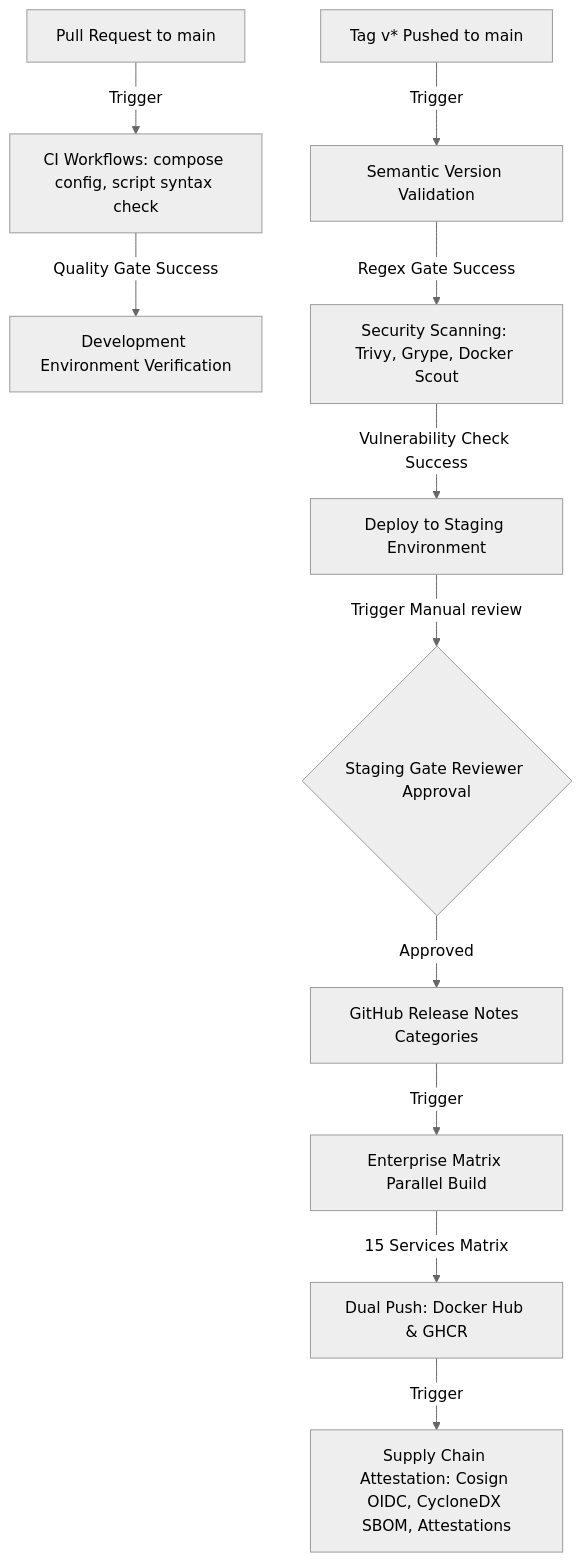
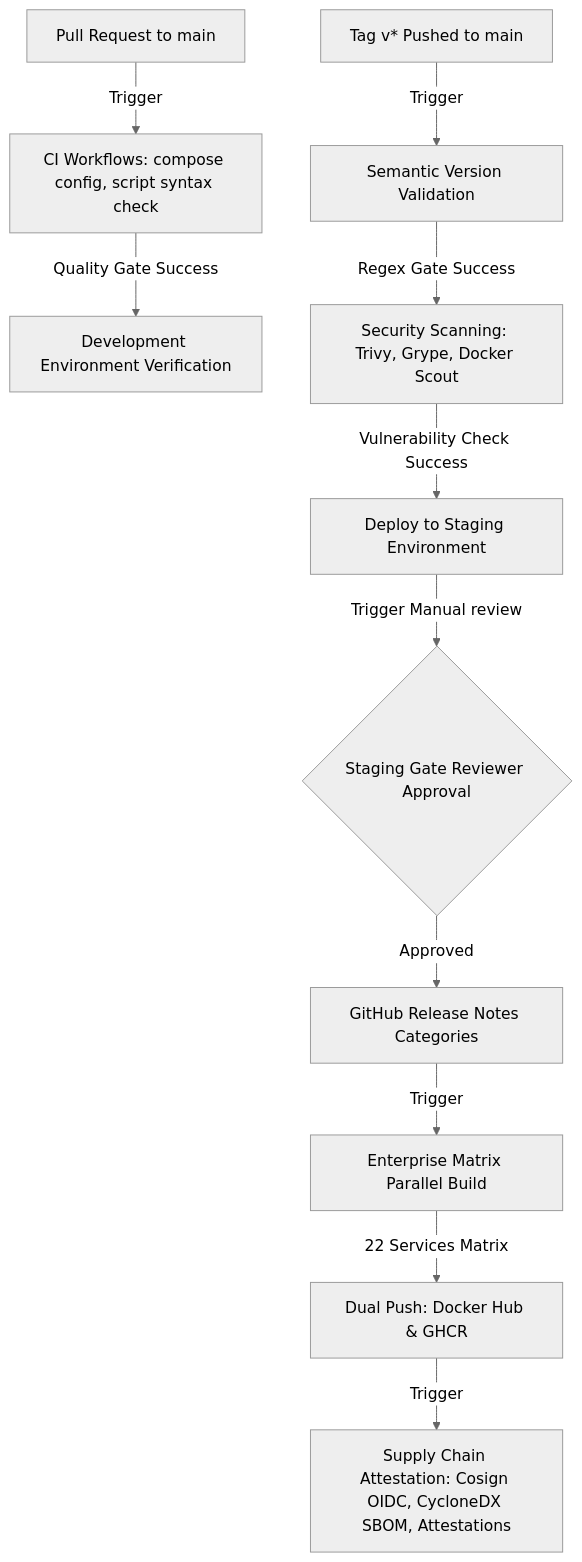
The diagram in docs/cicd/README.md (hackThacker/OWASP-AttackForge), drawn with Mermaid (neutral theme) before and after one commit. The commit also changed 10 other files, not shown here.

````diff
--- a/docs/cicd/README.md
+++ b/docs/cicd/README.md
@@ -11,15 +11,15 @@
 ```mermaid
 graph TD
     PR[Pull Request to main] -->|Trigger| CI[CI Workflows: compose config, script syntax check]
     CI -->|Quality Gate Success| DEV[Development Environment Verification]
     
     Merge[Tag v* Pushed to main] -->|Trigger| Validation[Semantic Version Validation]
     Validation -->|Regex Gate Success| Security[Security Scanning: Trivy, Grype, Docker Scout]
     Security -->|Vulnerability Check Success| STG[Deploy to Staging Environment]
     STG -->|Trigger Manual review| Promotion{Staging Gate Reviewer Approval}
     
     Promotion -->|Approved| Release[GitHub Release Notes Categories]
     Release -->|Trigger| Build[Enterprise Matrix Parallel Build]
-    Build -->|15 Services Matrix| DualPush[Dual Push: Docker Hub & GHCR]
+    Build -->|22 Services Matrix| DualPush[Dual Push: Docker Hub & GHCR]
     DualPush -->|Trigger| Attestation[Supply Chain Attestation: Cosign OIDC, CycloneDX SBOM, Attestations]
 ```
````
